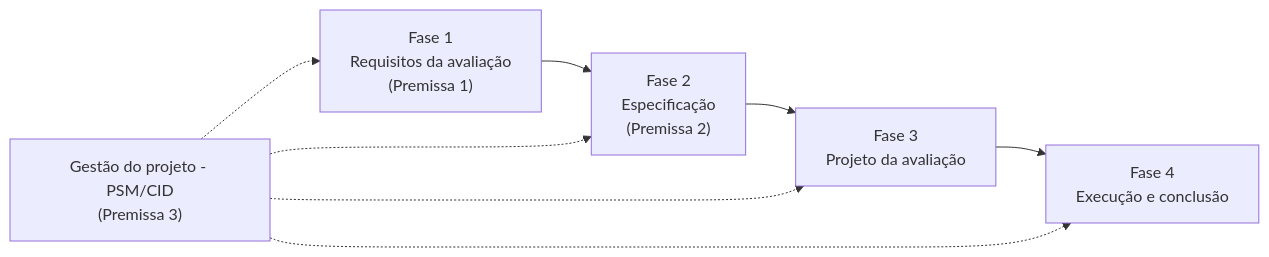
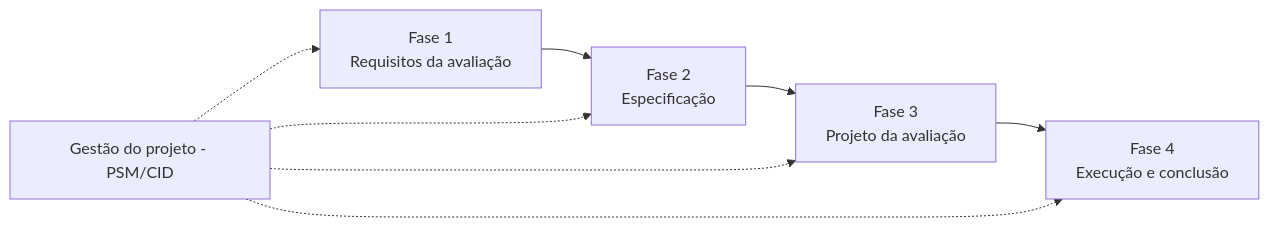
One commit to FCTE-Qualidade-de-Software-1/2026-2_T02_FRANCES_ALLEN changed the diagram in docs/index.md. Above: the diagram before and after it, drawn with Mermaid. The commit also changed other lines of this file and 30 other files, not shown here.

````diff
--- a/docs/index.md
+++ b/docs/index.md
@@ -61,10 +79,10 @@
 ```mermaid
 flowchart LR
-    F1["Fase 1<br/>Requisitos da avaliação<br/>(Premissa 1)"] --> F2["Fase 2<br/>Especificação<br/>(Premissa 2)"]
+    F1["Fase 1<br/>Requisitos da avaliação"] --> F2["Fase 2<br/>Especificação"]
     F2 --> F3["Fase 3<br/>Projeto da avaliação"]
     F3 --> F4["Fase 4<br/>Execução e conclusão"]
-    G["Gestão do projeto - PSM/CID<br/>(Premissa 3)"] -.-> F1
+    G["Gestão do projeto - PSM/CID"] -.-> F1
     G -.-> F2
     G -.-> F3
     G -.-> F4
 ```
````
